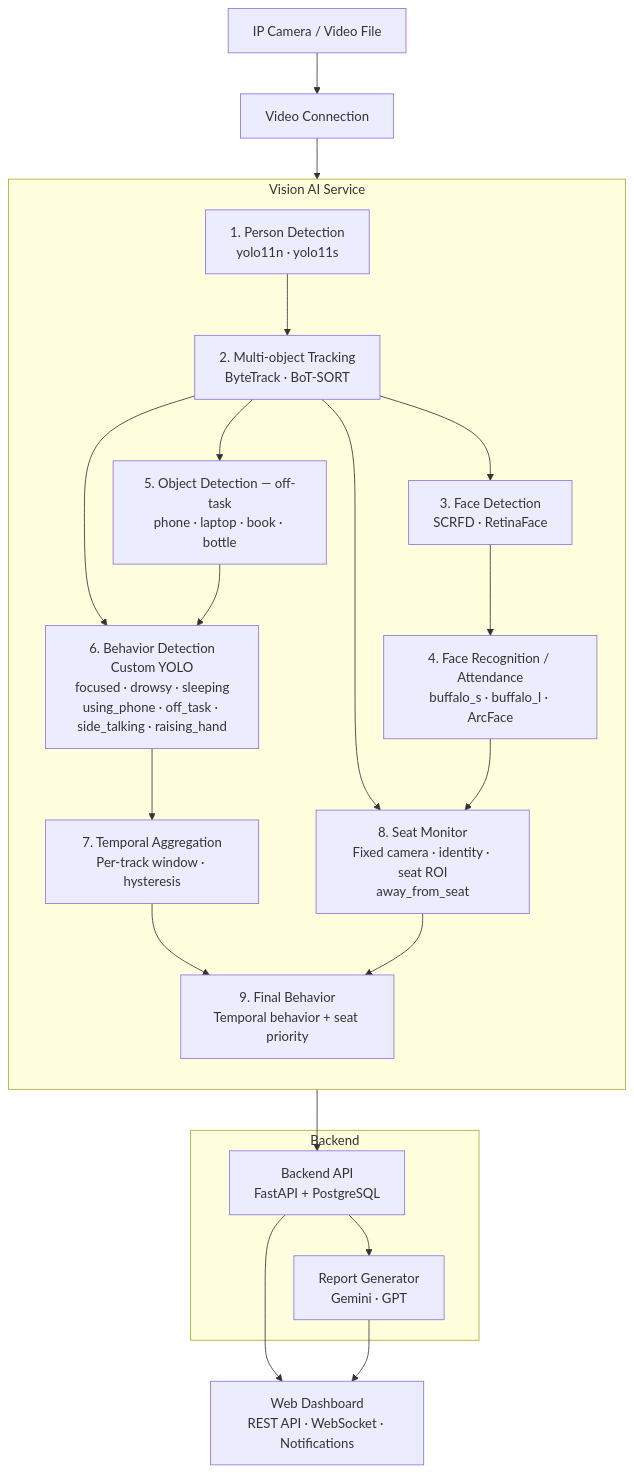
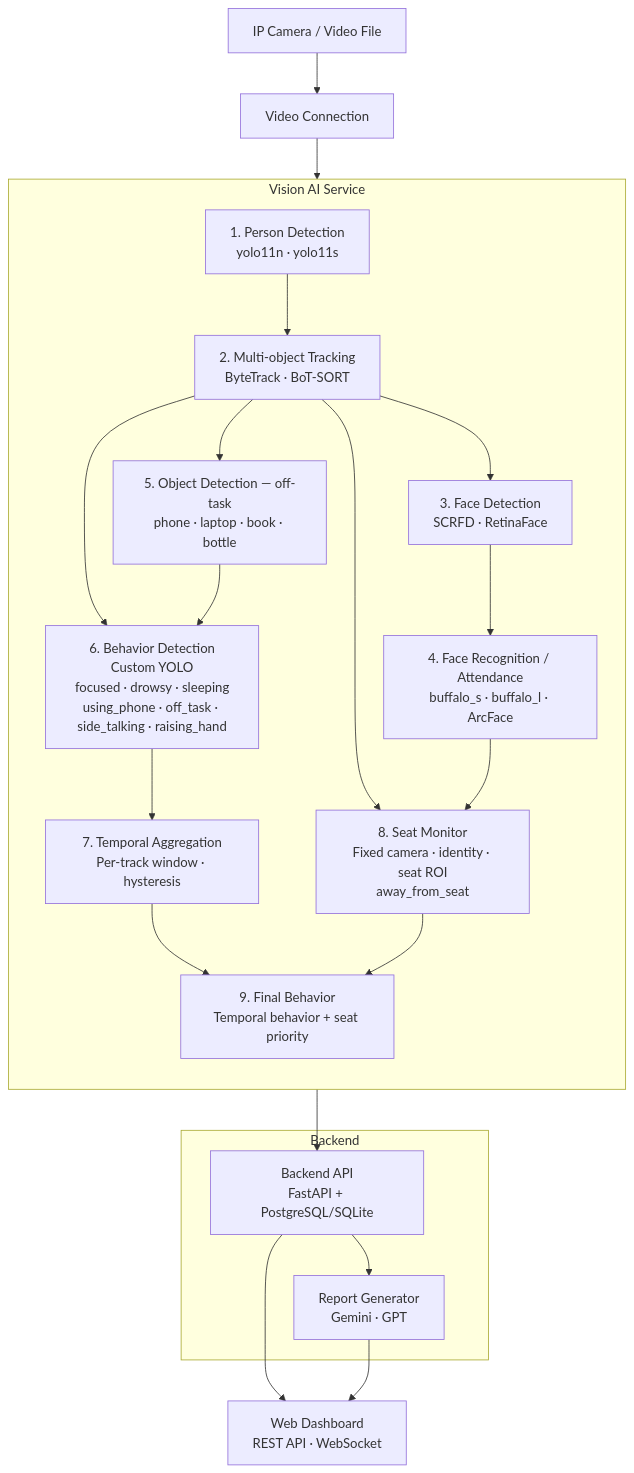
Before and after one commit to TuanLe303/EduVision: the diagram in README.md, drawn with Mermaid. The commit also changed other lines of this file and 6 other files, not shown here.

````diff
--- a/README.md
+++ b/README.md
@@ -35,44 +34,44 @@
 ```mermaid
 flowchart TD
     CAM["IP Camera / Video File"]
     VC["Video Connection"]
     CAM --> VC
 
     subgraph VA["Vision AI Service"]
         direction TB
         PD["1. Person Detection\nyolo11n · yolo11s"]
         MOT["2. Multi-object Tracking\nByteTrack · BoT-SORT"]
         FD["3. Face Detection\nSCRFD · RetinaFace"]
         FR["4. Face Recognition / Attendance\nbuffalo_s · buffalo_l · ArcFace"]
         OD["5. Object Detection — off-task\nphone · laptop · book · bottle"]
         BD["6. Behavior Detection\nCustom YOLO\nfocused · drowsy · sleeping\nusing_phone · off_task · side_talking · raising_hand"]
         TA["7. Temporal Aggregation\nPer-track window · hysteresis"]
         SM["8. Seat Monitor\nFixed camera · identity · seat ROI\naway_from_seat"]
         BA["9. Final Behavior\nTemporal behavior + seat priority"]
 
         PD --> MOT
         MOT --> FD
         FD --> FR
         MOT --> OD
         MOT --> BD
         MOT --> SM
         FR --> SM
         OD --> BD
         BD --> TA
         TA --> BA
         SM --> BA
     end
 
     VC --> VA
 
     BA --> API
 
     subgraph BACK["Backend"]
-        API["Backend API\nFastAPI + PostgreSQL"]
+        API["Backend API\nFastAPI + PostgreSQL/SQLite"]
         RG["Report Generator\nGemini · GPT"]
         API --> RG
     end
 
-    API --> FE["Web Dashboard\nREST API · WebSocket · Notifications"]
+    API --> FE["Web Dashboard\nREST API · WebSocket"]
     RG  --> FE
 ```
````
